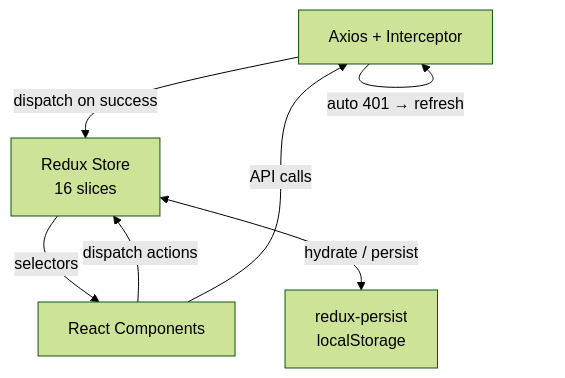
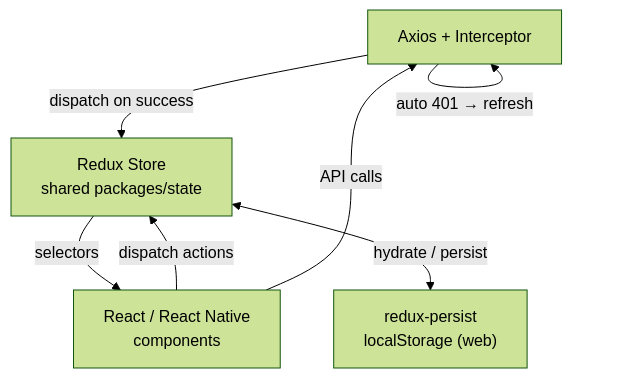
The fourth of 5 diagrams in architecture/overview/en.md (AndDev741/Beyou-arch-design), drawn with Mermaid (forest theme) before and after one commit. The commit also changed other lines of this file and 3 other files, not shown here.

First line of the commit message:
docs(architecture): rewrite the overview around the production stack

````diff
--- a/architecture/overview/en.md
+++ b/architecture/overview/en.md
@@ -148,14 +163,14 @@
 ```mermaid
 flowchart TD
   AX["Axios + Interceptor"]
-  ST["Redux Store<br/>16 slices"]
-  PS["redux-persist<br/>localStorage"]
-  UI["React Components"]
+  ST["Redux Store<br/>shared packages/state"]
+  PS["redux-persist<br/>localStorage (web)"]
+  UI["React / React Native<br/>components"]
 
   UI -->|"dispatch actions"| ST
   ST -->|"selectors"| UI
   ST <-->|"hydrate / persist"| PS
   UI -->|"API calls"| AX
   AX -->|"dispatch on success"| ST
   AX -->|"auto 401 → refresh"| AX
 ```
````
